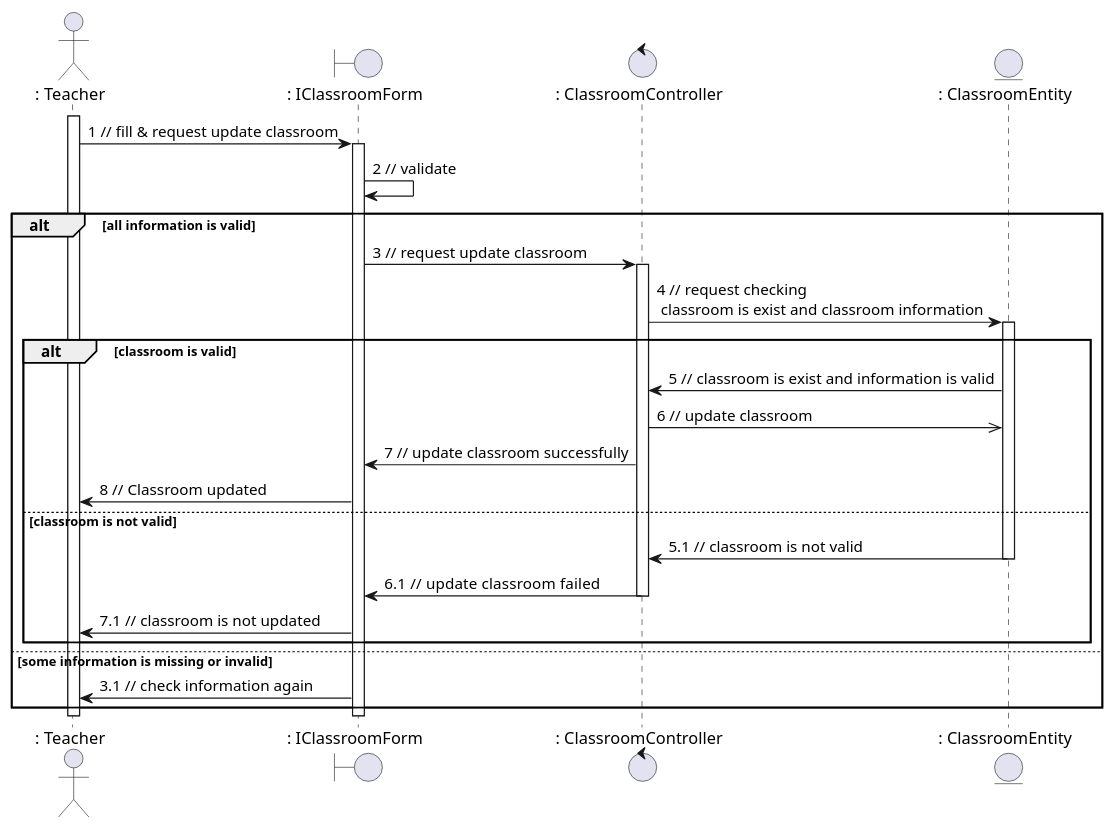
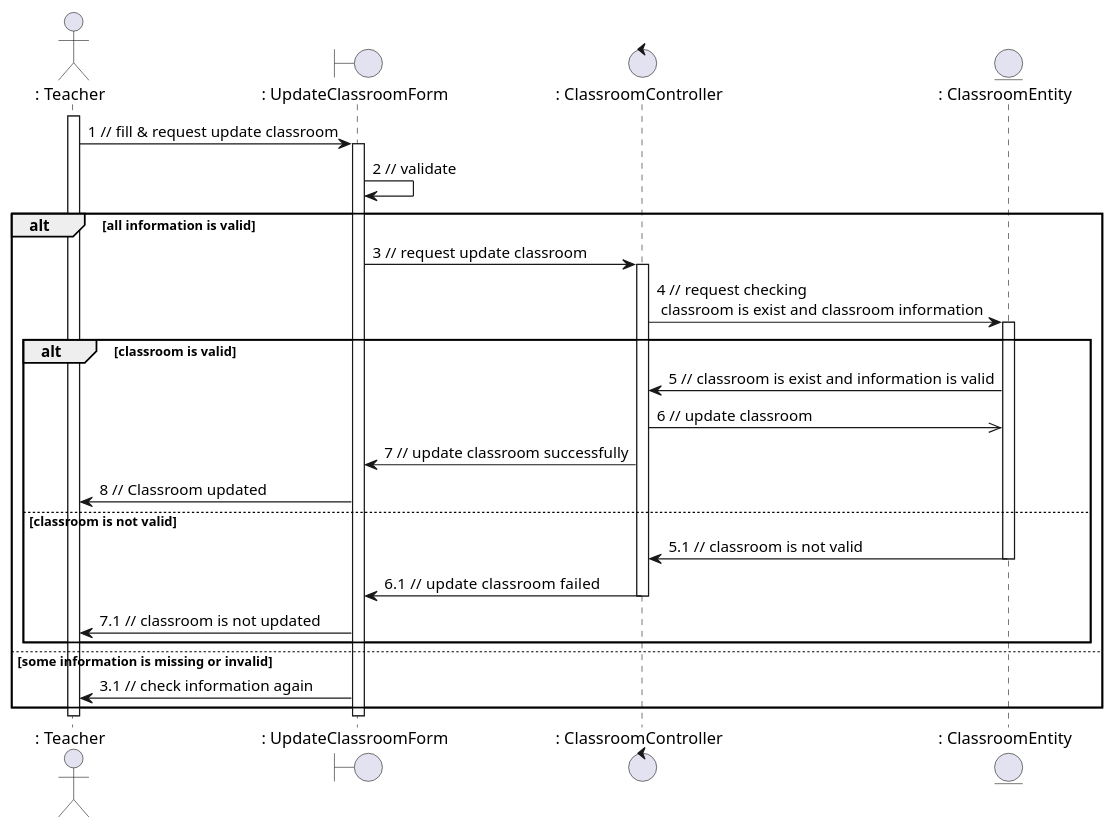
One commit to anonyhostvn/OOAD-Diagram changed the diagram in sequence - analaysis/classroom/updateClass.plantuml. Above: the diagram before and after it, drawn with PlantUML. The commit also changed 5 other files, not shown here.

```diff
--- a/sequence - analaysis/classroom/updateClass.plantuml
+++ b/sequence - analaysis/classroom/updateClass.plantuml
@@ -1,36 +1,36 @@
 @startuml updateClass
 
 actor ": Teacher"
-boundary ": IClassroomForm"
+boundary ": UpdateClassroomForm"
 control ": ClassroomController"
 entity ": ClassroomEntity"
 
 activate ": Teacher"
-": Teacher" -> ": IClassroomForm": 1 // fill & request update classroom
-activate ": IClassroomForm"
-": IClassroomForm" -> ": IClassroomForm": 2 // validate
+": Teacher" -> ": UpdateClassroomForm": 1 // fill & request update classroom
+activate ": UpdateClassroomForm"
+": UpdateClassroomForm" -> ": UpdateClassroomForm": 2 // validate
 alt all information is valid
-    ": IClassroomForm" -> ": ClassroomController": 3 // request update classroom
+    ": UpdateClassroomForm" -> ": ClassroomController": 3 // request update classroom
     activate ": ClassroomController"
     ": ClassroomController" -> ": ClassroomEntity": 4 // request checking \n classroom is exist and classroom information
     activate ": ClassroomEntity"
     alt classroom is valid
         ": ClassroomEntity" -> ": ClassroomController": 5 // classroom is exist and information is valid
         ": ClassroomController" ->> ": ClassroomEntity": 6 // update classroom
-        ": ClassroomController" -> ": IClassroomForm": 7 // update classroom successfully
-        ": IClassroomForm" -> ": Teacher": 8 // Classroom updated
+        ": ClassroomController" -> ": UpdateClassroomForm": 7 // update classroom successfully
+        ": UpdateClassroomForm" -> ": Teacher": 8 // Classroom updated
     else classroom is not valid
         ": ClassroomEntity" -> ": ClassroomController": 5.1 // classroom is not valid
         deactivate ": ClassroomEntity"
-        ": ClassroomController" -> ": IClassroomForm": 6.1 // update  classroom failed
+        ": ClassroomController" -> ": UpdateClassroomForm": 6.1 // update  classroom failed
         deactivate ": ClassroomController"
-        ": IClassroomForm" -> ": Teacher": 7.1 // classroom is not updated
+        ": UpdateClassroomForm" -> ": Teacher": 7.1 // classroom is not updated
     end
 else some information is missing or invalid
-    ": IClassroomForm" -> ": Teacher": 3.1 // check information again
+    ": UpdateClassroomForm" -> ": Teacher": 3.1 // check information again
 end
 
-deactivate ": IClassroomForm"
+deactivate ": UpdateClassroomForm"
 deactivate ": Teacher"
 
 @enduml
```
